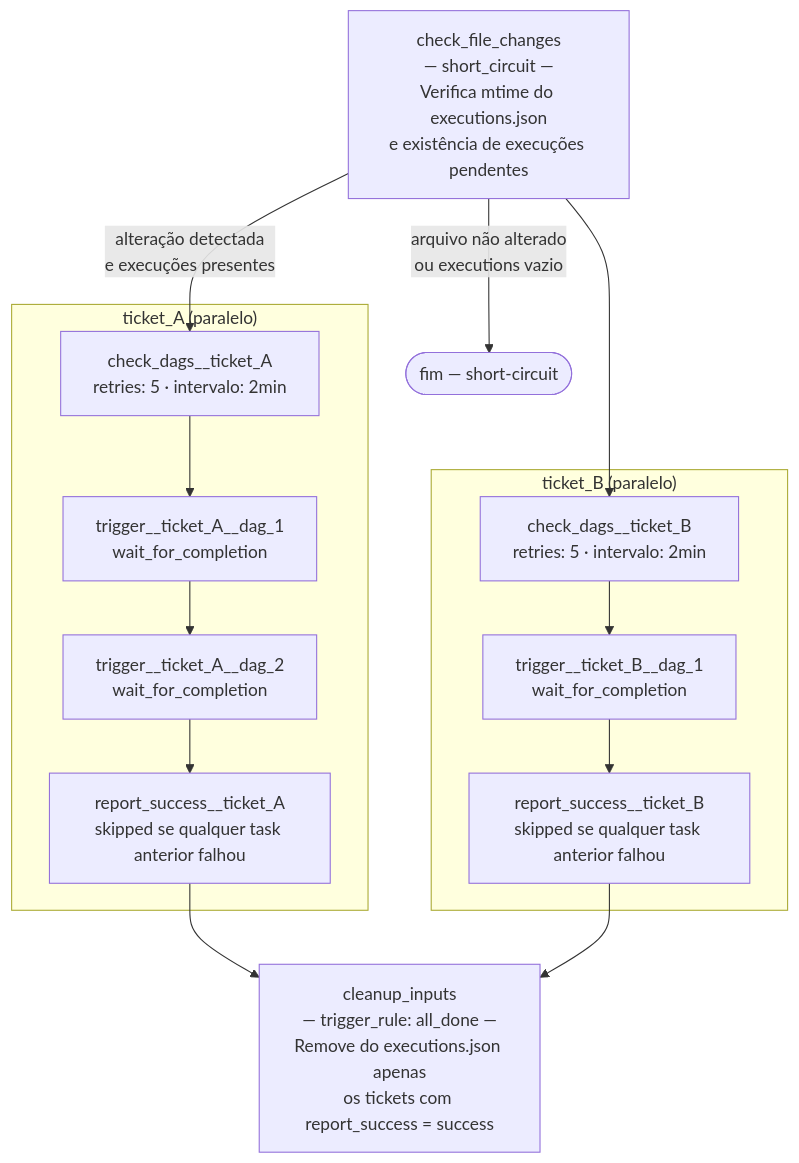
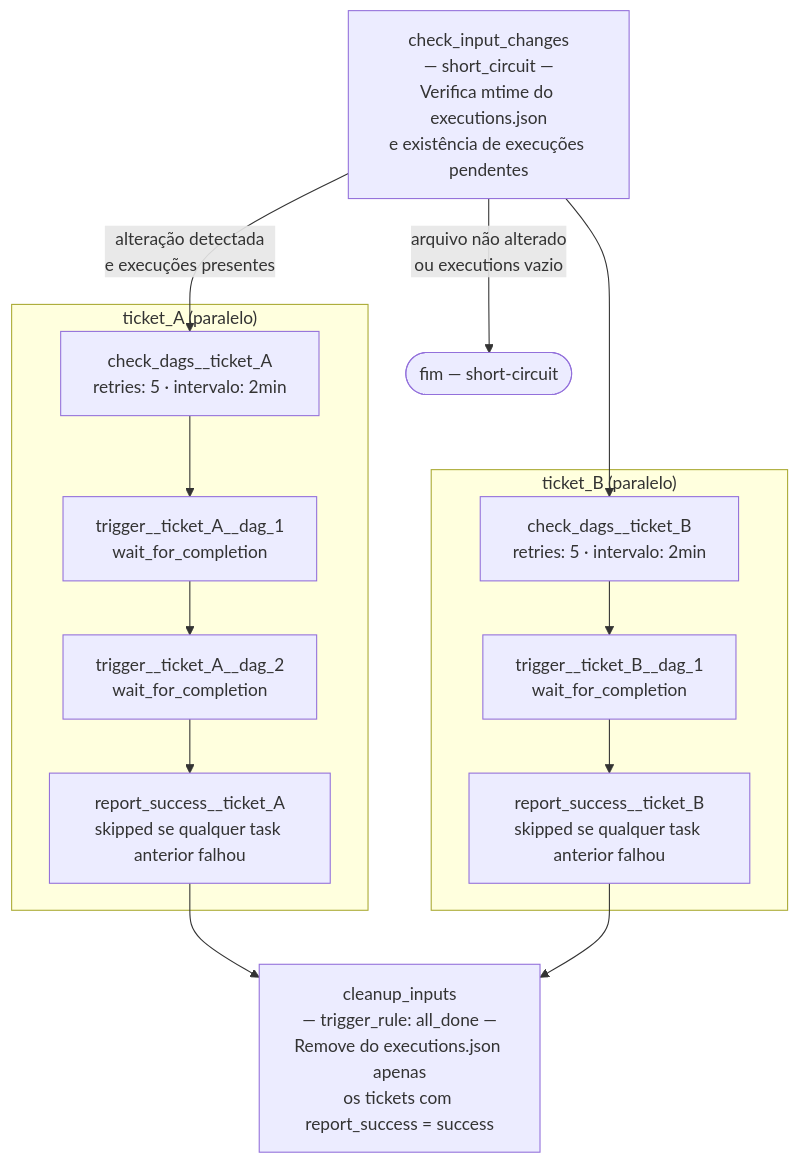
One commit to VictorT314/airflow-studies changed the diagram in README.md. Above: the diagram before and after it, drawn with Mermaid. The commit also changed other lines of this file, not shown here.

````diff
--- a/README.md
+++ b/README.md
@@ -134,27 +134,27 @@
 ```mermaid
 flowchart TD
-    CFC["check_file_changes\n— short_circuit —\nVerifica mtime do executions.json\ne existência de execuções pendentes"]
+    CFC["check_input_changes\n— short_circuit —\nVerifica mtime do executions.json\ne existência de execuções pendentes"]
 
     CFC -->|"arquivo não alterado\nou executions vazio"| SC(["fim — short-circuit"])
 
     CFC -->|"alteração detectada\ne execuções presentes"| CDA
     CFC --> CDB
 
     subgraph "ticket_A  (paralelo)"
         CDA["check_dags__ticket_A\nretries: 5 · intervalo: 2min"]
         CDA --> TA1["trigger__ticket_A__dag_1\nwait_for_completion"]
         TA1 --> TA2["trigger__ticket_A__dag_2\nwait_for_completion"]
         TA2 --> RSA["report_success__ticket_A\nskipped se qualquer task anterior falhou"]
     end
 
     subgraph "ticket_B  (paralelo)"
         CDB["check_dags__ticket_B\nretries: 5 · intervalo: 2min"]
         CDB --> TB1["trigger__ticket_B__dag_1\nwait_for_completion"]
         TB1 --> RSB["report_success__ticket_B\nskipped se qualquer task anterior falhou"]
     end
 
     RSA --> CI
     RSB --> CI
 
     CI["cleanup_inputs\n— trigger_rule: all_done —\nRemove do executions.json apenas\nos tickets com report_success = success"]
 ```
````
